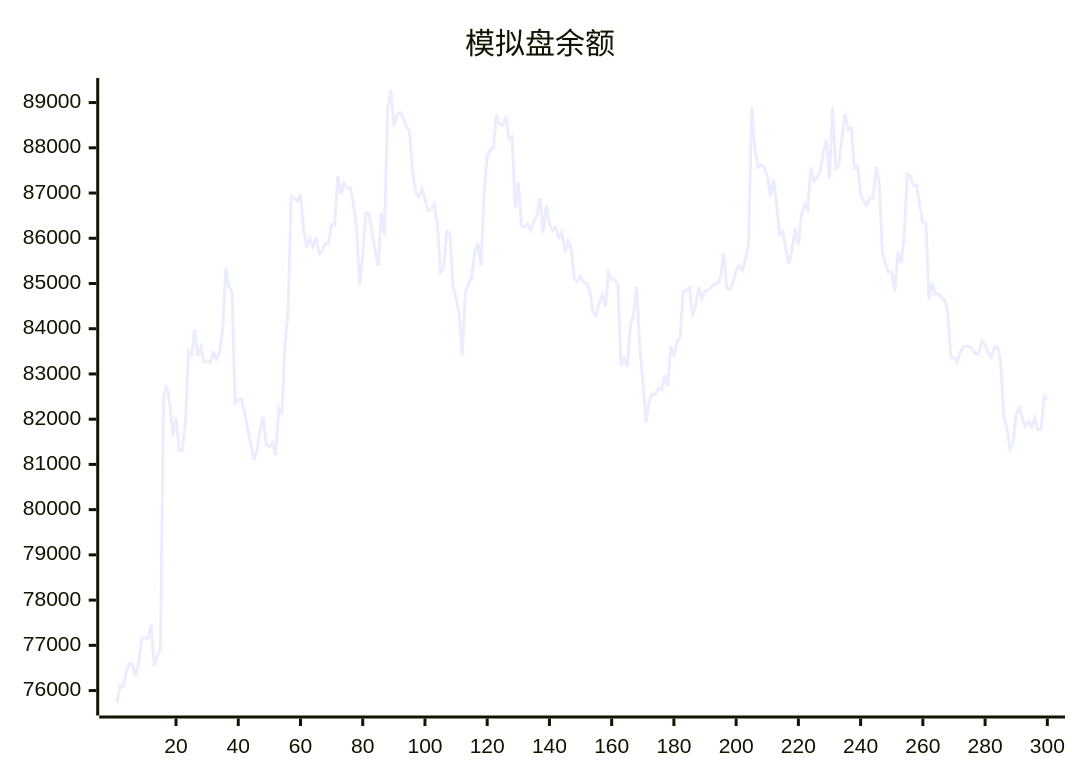
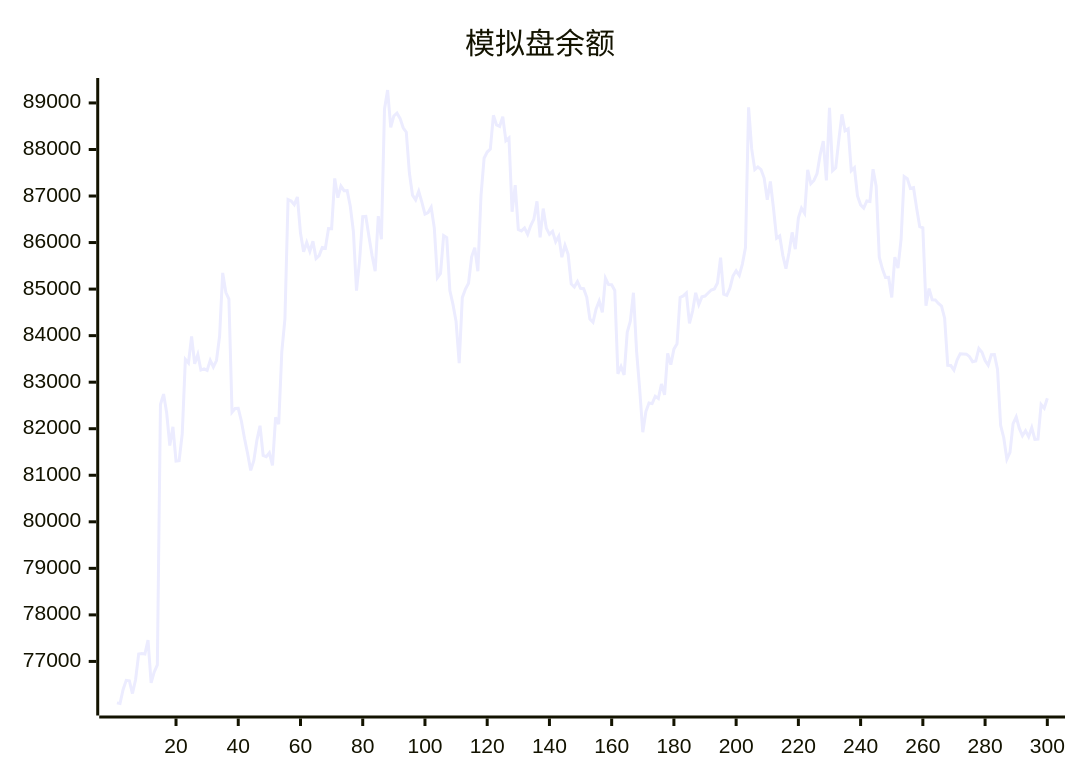
One commit to aahl/ai-trading changed the diagram in README.md. Above: the diagram before and after it, drawn with Mermaid. The commit also changed other lines of this file and 1 other file, not shown here.

````diff
--- a/README.md
+++ b/README.md
@@ -5,5 +5,5 @@
 ```mermaid
 xychart
     title "模拟盘余额"
-    line [75714,76110,76096,76397,76594,76585,76310,76607,77160,77170,77160,77456,76541,76774,76927,82520,82744,82337,81639,82040,81307,81314,81887,83490,83414,83984,83396,83594,83261,83287,83253,83470,83327,83465,83987,85348,84930,84786,82355,82433,82438,82167,81795,81466,81105,81315,81756,82064,81426,81398,81481,81210,82242,82099,83658,84359,86925,86892,86814,86980,86203,85802,86003,85811,86028,85657,85721,85896,85880,86300,86299,87378,86965,87214,87115,87118,86780,86238,84966,85623,86555,86562,86129,85722,85387,86569,86070,88870,89278,88477,88720,88781,88668,88467,88372,87493,87018,86917,87102,86870,86613,86644,86758,86317,85242,85334,86149,86106,84968,84671,84302,83410,84816,85001,85127,85693,85891,85384,87001,87811,87945,88007,88734,88528,88495,88705,88189,88248,86662,87234,86279,86251,86314,86177,86364,86503,86886,86114,86731,86310,86176,86240,86017,86136,85685,85938,85749,85111,85044,85164,85016,85008,84824,84354,84287,84572,84745,84500,85234,85096,85095,84970,83180,83338,83157,84070,84309,84922,83667,82850,81924,82369,82552,82539,82695,82648,82962,82728,83619,83378,83710,83825,84819,84854,84917,84265,84527,84919,84668,84834,84850,84916,84981,85004,85131,85674,84891,84864,85019,85284,85393,85294,85538,85894,88904,88012,87567,87625,87568,87386,86920,87313,86737,86094,86143,85725,85437,85787,86219,85859,86526,86740,86630,87563,87264,87335,87483,87886,88180,87335,88894,87544,87608,88207,88755,88401,88444,87543,87608,87000,86810,86740,86894,86884,87576,87209,85686,85435,85251,85255,84820,85689,85453,86066,87420,87373,87161,87178,86740,86341,86315,84643,85012,84772,84768,84690,84635,84376,83360,83357,83259,83474,83608,83606,83602,83548,83440,83454,83724,83644,83464,83365,83590,83592,83275,82072,81806,81344,81492,82109,82254,82006,81848,81955,81829,82022,81769,81776,82522,82441]
+    line [76110,76096,76397,76594,76585,76310,76607,77160,77170,77160,77456,76541,76774,76927,82520,82744,82337,81639,82040,81307,81314,81887,83490,83414,83984,83396,83594,83261,83287,83253,83470,83327,83465,83987,85348,84930,84786,82355,82433,82438,82167,81795,81466,81105,81315,81756,82064,81426,81398,81481,81210,82242,82099,83658,84359,86925,86892,86814,86980,86203,85802,86003,85811,86028,85657,85721,85896,85880,86300,86299,87378,86965,87214,87115,87118,86780,86238,84966,85623,86555,86562,86129,85722,85387,86569,86070,88870,89278,88477,88720,88781,88668,88467,88372,87493,87018,86917,87102,86870,86613,86644,86758,86317,85242,85334,86149,86106,84968,84671,84302,83410,84816,85001,85127,85693,85891,85384,87001,87811,87945,88007,88734,88528,88495,88705,88189,88248,86662,87234,86279,86251,86314,86177,86364,86503,86886,86114,86731,86310,86176,86240,86017,86136,85685,85938,85749,85111,85044,85164,85016,85008,84824,84354,84287,84572,84745,84500,85234,85096,85095,84970,83180,83338,83157,84070,84309,84922,83667,82850,81924,82369,82552,82539,82695,82648,82962,82728,83619,83378,83710,83825,84819,84854,84917,84265,84527,84919,84668,84834,84850,84916,84981,85004,85131,85674,84891,84864,85019,85284,85393,85294,85538,85894,88904,88012,87567,87625,87568,87386,86920,87313,86737,86094,86143,85725,85437,85787,86219,85859,86526,86740,86630,87563,87264,87335,87483,87886,88180,87335,88894,87544,87608,88207,88755,88401,88444,87543,87608,87000,86810,86740,86894,86884,87576,87209,85686,85435,85251,85255,84820,85689,85453,86066,87420,87373,87161,87178,86740,86341,86315,84643,85012,84772,84768,84690,84635,84376,83360,83357,83259,83474,83608,83606,83602,83548,83440,83454,83724,83644,83464,83365,83590,83592,83275,82072,81806,81344,81492,82109,82254,82006,81848,81955,81829,82022,81769,81776,82522,82441,82656]
 ```
````
